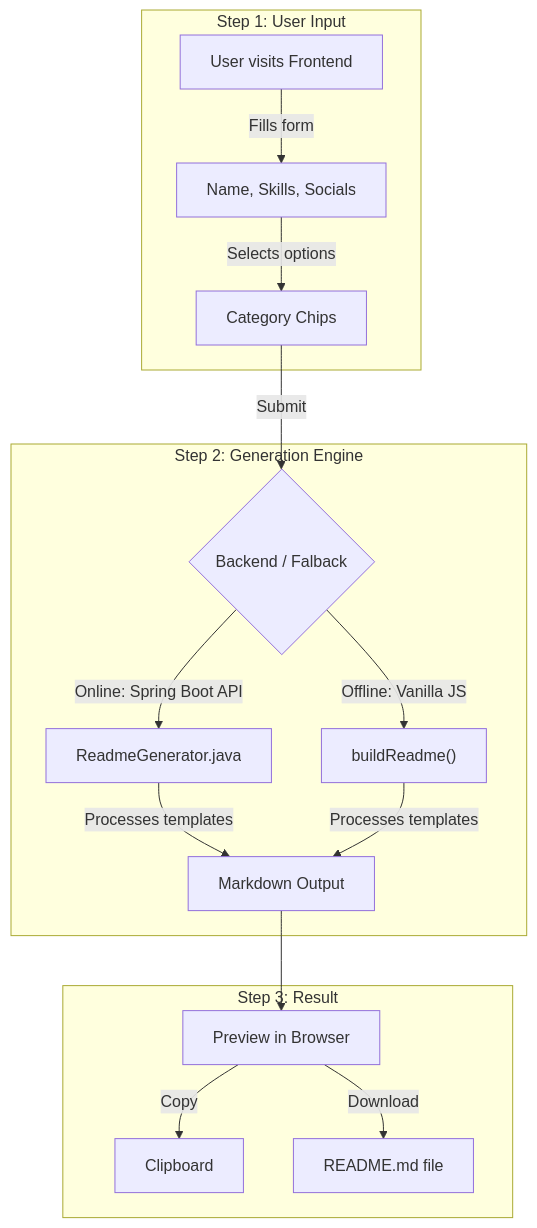
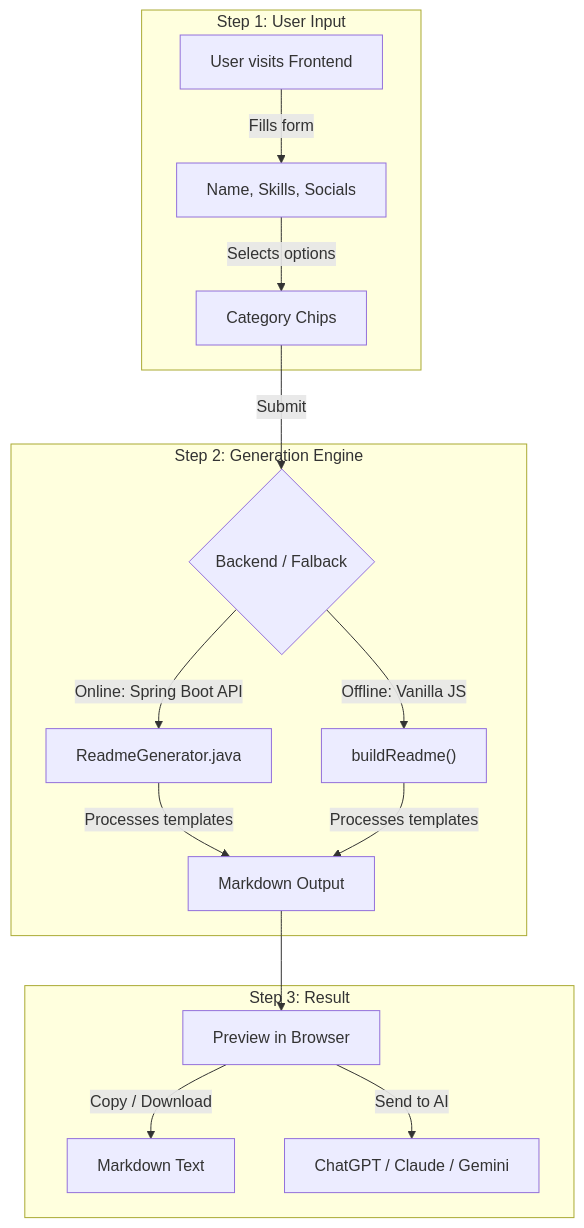
The diagram in README.md (Deekshith06/Github-Readme.md-Profile-Builder), drawn with Mermaid before and after one commit. The commit also changed other lines of this file and 8 other files, not shown here.

````diff
--- a/README.md
+++ b/README.md
@@ -18,21 +18,21 @@
 ```mermaid
 graph TD
     subgraph Step 1: User Input
         A["User visits Frontend"] -->|Fills form| B["Name, Skills, Socials"]
         B -->|Selects options| C["Category Chips"]
     end
 
     subgraph Step 2: Generation Engine
         C -->|Submit| D{"Backend / Falback"}
         D -->|Online: Spring Boot API| E["ReadmeGenerator.java"]
         D -->|Offline: Vanilla JS| F["buildReadme()"]
         E -->|Processes templates| G["Markdown Output"]
         F -->|Processes templates| G
     end
 
     subgraph Step 3: Result
         G --> H["Preview in Browser"]
-        H -->|Copy| I["Clipboard"]
-        H -->|Download| J["README.md file"]
+        H -->|Copy / Download| I["Markdown Text"]
+        H -->|Send to AI| J["ChatGPT / Claude / Gemini"]
     end
 ```
````
